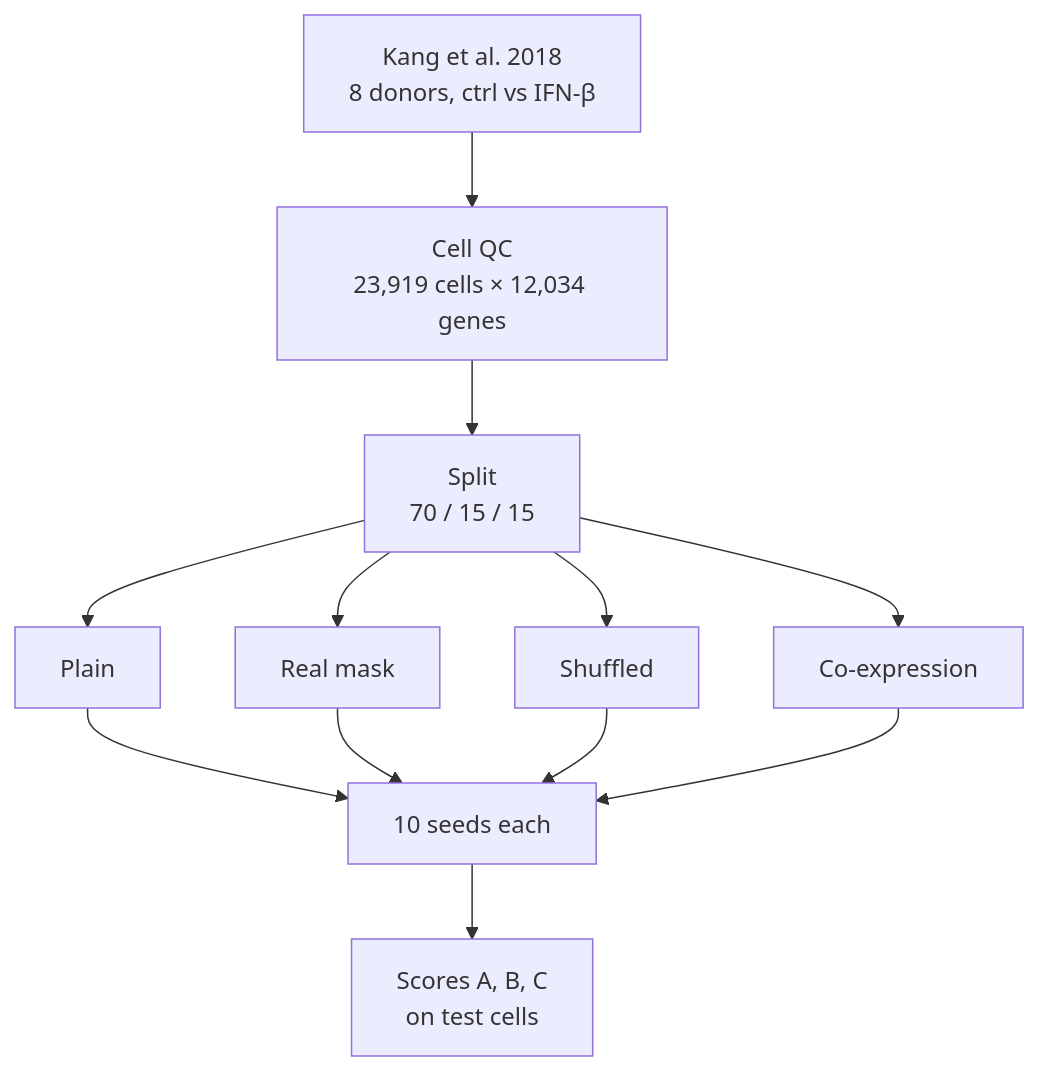
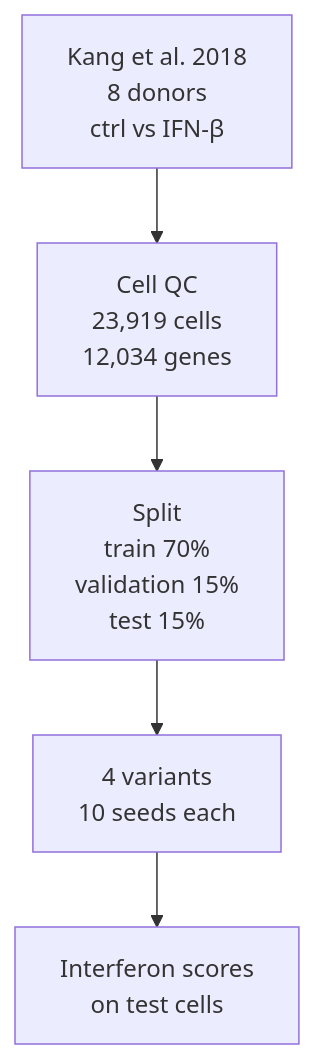
The diagram in README.md (gmiliarakis/knowledge-or-sparsity-sc-vae), drawn with Mermaid before and after one commit. The commit also changed other lines of this file, not shown here.

Commit message:
Restructure README: background prose, model as module printout, two named interferon scores

````diff
--- a/README.md
+++ b/README.md
@@ -33,8 +38,7 @@
 ```mermaid
 flowchart TB
-    A["Kang et al. 2018<br/>8 donors, ctrl vs IFN-β"] --> B["Cell QC<br/>23,919 cells × 12,034 genes"]
-    B --> C["Split<br/>70 / 15 / 15"]
-    C --> P["Plain"] & R["Real mask"] & S["Shuffled"] & X["Co-expression"]
-    P & R & S & X --> T["10 seeds each"]
-    T --> E["Scores A, B, C<br/>on test cells"]
+    A["Kang et al. 2018<br/>8 donors<br/>ctrl vs IFN-β"] --> B["Cell QC<br/>23,919 cells<br/>12,034 genes"]
+    B --> C["Split<br/>train 70%<br/>validation 15%<br/>test 15%"]
+    C --> V["4 variants<br/>10 seeds each"]
+    V --> E["Interferon scores<br/>on test cells"]
 ```
````
